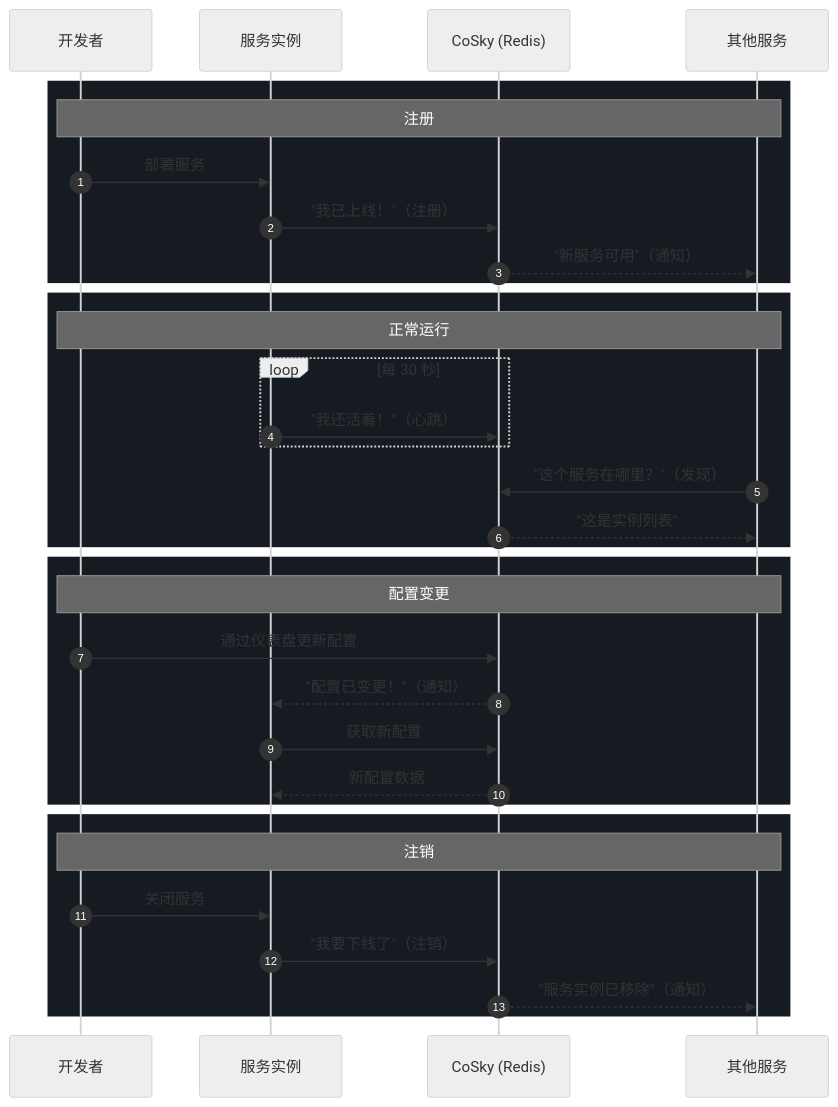
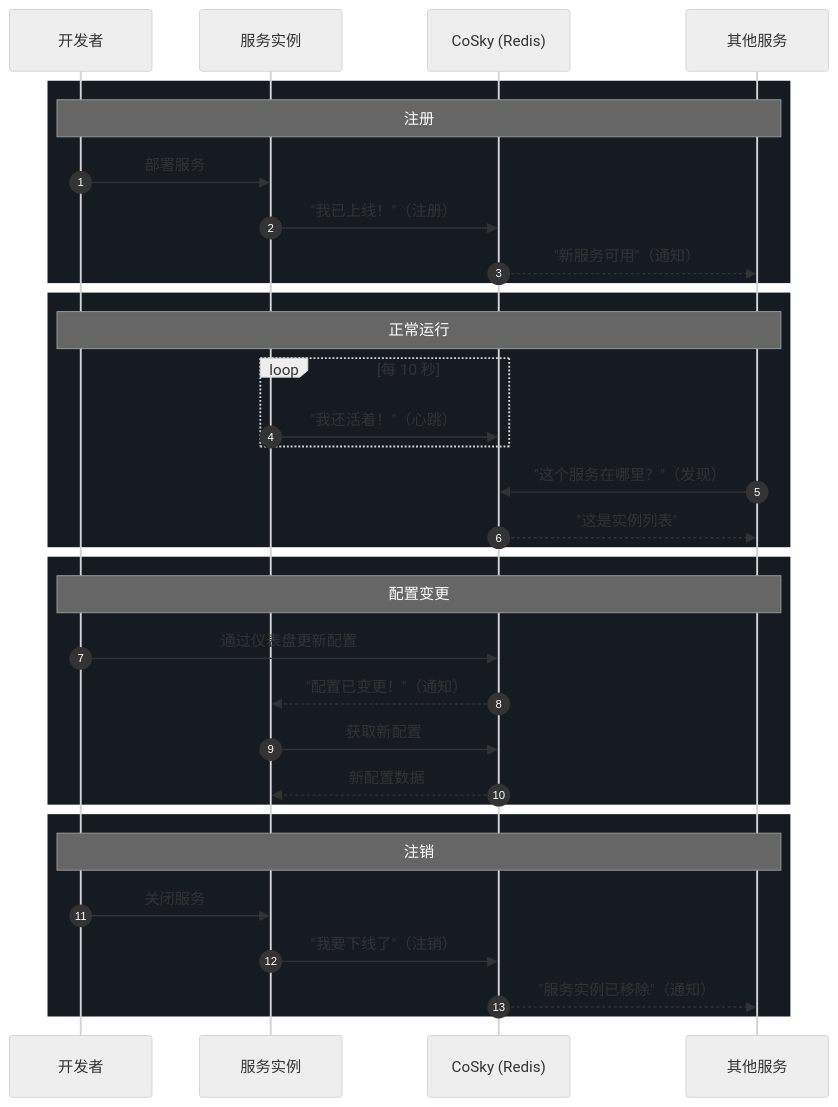
Before and after one commit to Ahoo-Wang/CoSky: the fourth of 4 diagrams in wiki/zh/guide/onboarding-pm.md, drawn with Mermaid (neutral theme). The commit also changed 31 other files, not shown here.

````diff
--- a/wiki/zh/guide/onboarding-pm.md
+++ b/wiki/zh/guide/onboarding-pm.md
@@ -214,39 +214,39 @@
 ```mermaid
 sequenceDiagram
     autonumber
     participant Dev as 开发者
     participant SVC as 服务实例
     participant CoSky as CoSky (Redis)
     participant Others as 其他服务
 
     rect rgb(22, 27, 34)
         Note over Dev,Others: 注册
         Dev->>SVC: 部署服务
         SVC->>CoSky: "我已上线！"（注册）
         CoSky-->>Others: "新服务可用"（通知）
     end
 
     rect rgb(22, 27, 34)
         Note over Dev,Others: 正常运行
-        loop 每 30 秒
+        loop 每 10 秒
             SVC->>CoSky: "我还活着！"（心跳）
         end
         Others->>CoSky: "这个服务在哪里？"（发现）
         CoSky-->>Others: "这是实例列表"
     end
 
     rect rgb(22, 27, 34)
         Note over Dev,Others: 配置变更
         Dev->>CoSky: 通过仪表盘更新配置
         CoSky-->>SVC: "配置已变更！"（通知）
         SVC->>CoSky: 获取新配置
         CoSky-->>SVC: 新配置数据
     end
 
     rect rgb(22, 27, 34)
         Note over Dev,Others: 注销
         Dev->>SVC: 关闭服务
         SVC->>CoSky: "我要下线了"（注销）
         CoSky-->>Others: "服务实例已移除"（通知）
     end
 ```
````
